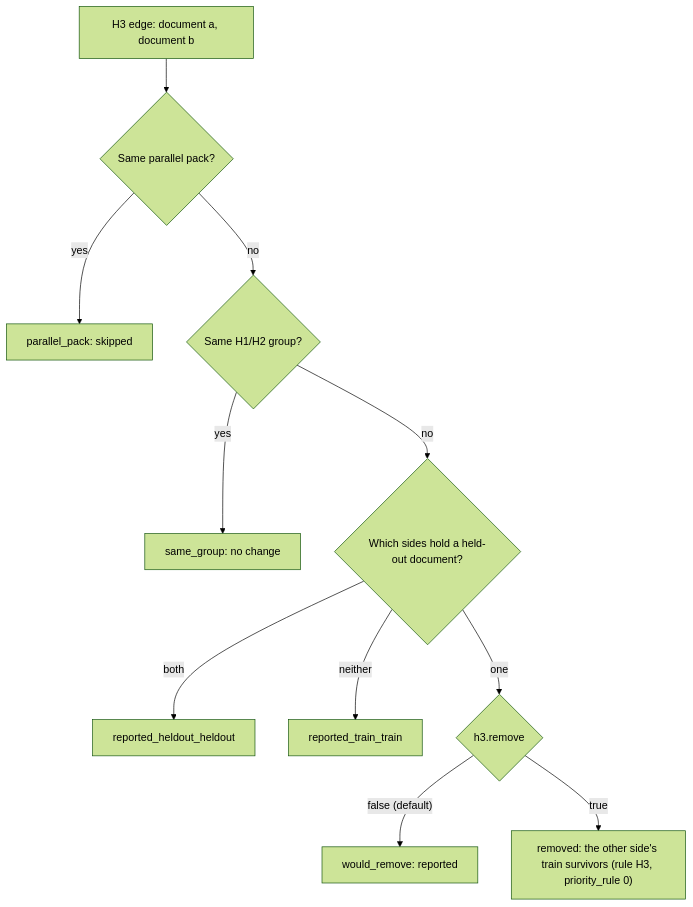
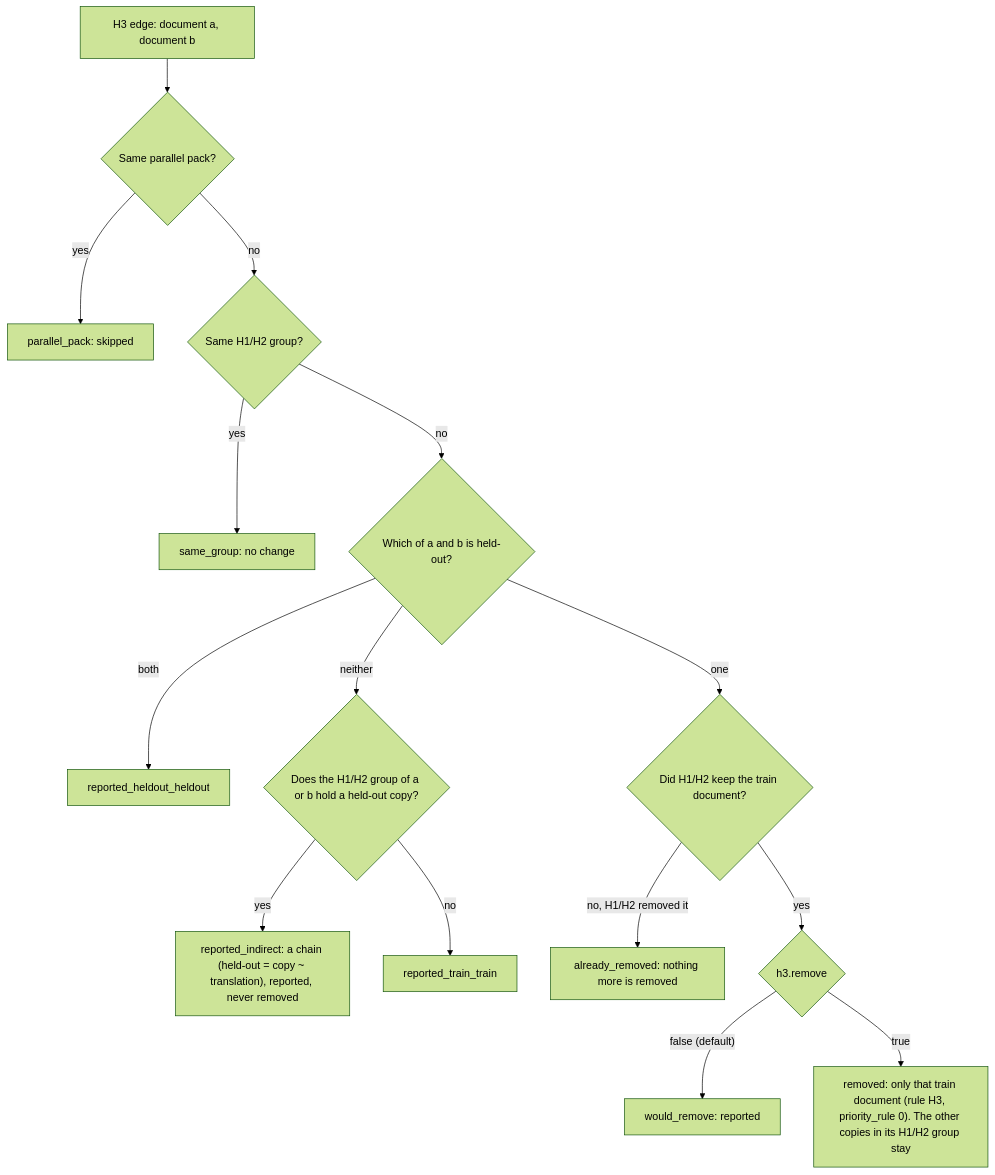
The second of 2 diagrams in teams/01-data-a/dedup/h3_design_v1.md (kunal2016/era-v5-lab), drawn with Mermaid (forest theme) before and after one commit. The commit also changed other lines of this file and 2 other files, not shown here.

Commit message:
H3 design: flowchart for direct edges (already_removed, reported_indirect); H3 harm check on the diagnosis packs
The flowchart follows theschoolofai/era-v5-lab#663 (TSAI, #625, 19 Nov): a held-out to train match removes only that train document, if H1/H2 kept it; the other copies in its group stay. Harm check on 214d90d: pass in all three held-out layouts, 1,308 gold IDs in the input, 0 removed by H3 or H1/H2, train_docs_targeted 0. No H3 pair reached coverage 0.6, so H3 removal is not tested. 401 s on MPS.

````diff
--- a/teams/01-data-a/dedup/h3_design_v1.md
+++ b/teams/01-data-a/dedup/h3_design_v1.md
@@ -123,13 +124,17 @@
 ```mermaid
 flowchart TD
     E["H3 edge: document a, document b"] --> P{"Same parallel pack?"}
     P -- yes --> PP["parallel_pack: skipped"]
     P -- no --> G{"Same H1/H2 group?"}
     G -- yes --> SG["same_group: no change"]
-    G -- no --> HH{"Which sides hold a held-out document?"}
+    G -- no --> HH{"Which of a and b is held-out?"}
     HH -- both --> RHH["reported_heldout_heldout"]
-    HH -- neither --> RTT["reported_train_train"]
-    HH -- one --> RM{"h3.remove"}
+    HH -- neither --> IN{"Does the H1/H2 group of a or b hold a held-out copy?"}
+    IN -- yes --> RI["reported_indirect: a chain (held-out = copy ~ translation), reported, never removed"]
+    IN -- no --> RTT["reported_train_train"]
+    HH -- one --> K{"Did H1/H2 keep the train document?"}
+    K -- "no, H1/H2 removed it" --> AR["already_removed: nothing more is removed"]
+    K -- yes --> RM{"h3.remove"}
     RM -- "false (default)" --> WR["would_remove: reported"]
-    RM -- true --> RD["removed: the other side's train survivors (rule H3, priority_rule 0)"]
+    RM -- true --> RD["removed: only that train document (rule H3, priority_rule 0). The other copies in its H1/H2 group stay"]
 ```
````
